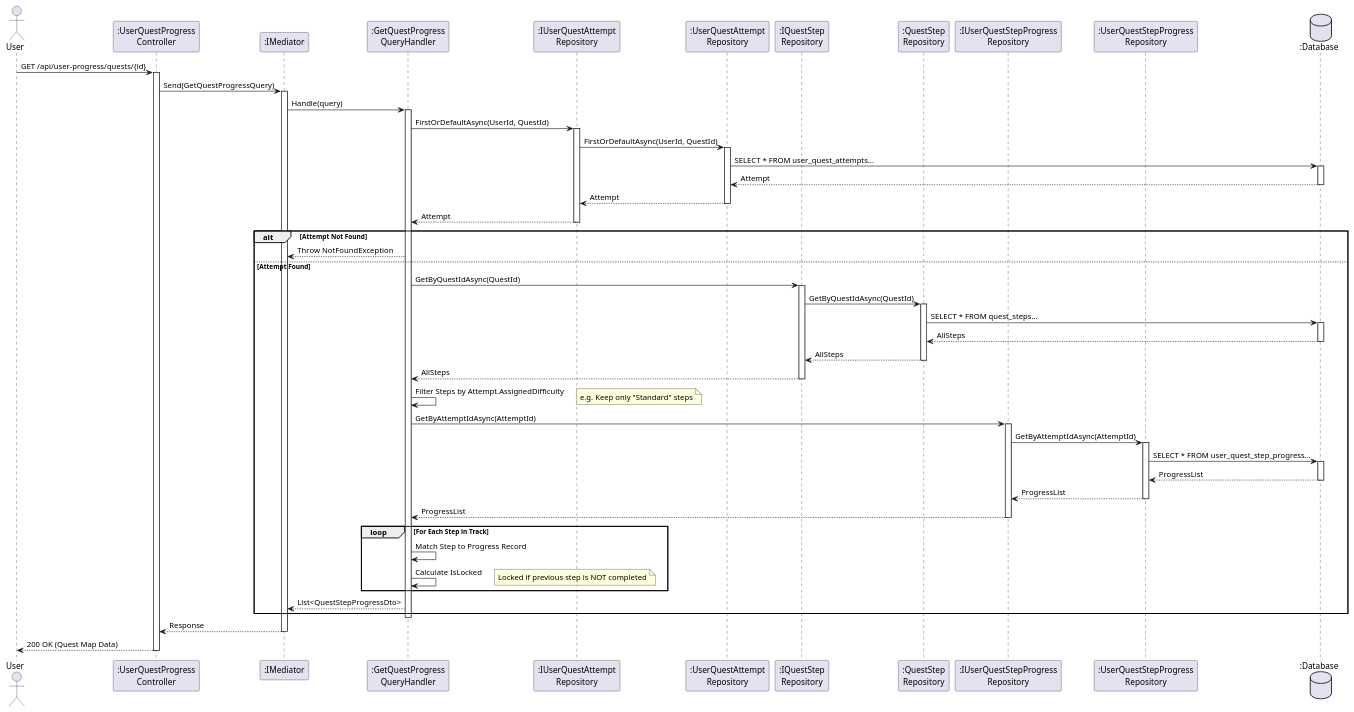
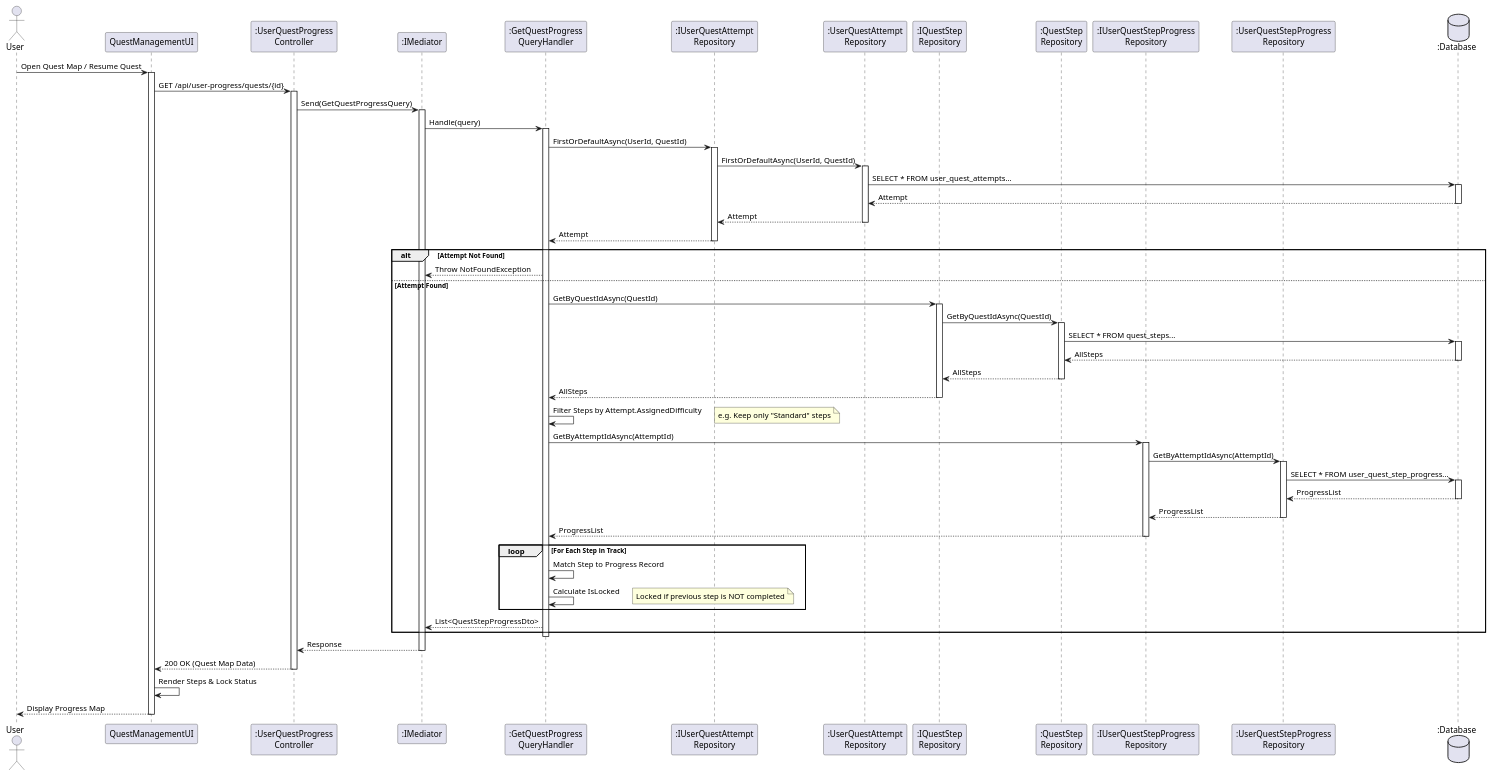
The diagram in docs/srs/diagrams/sequence-diagram/user-progress-statistic/get-user-quest-progress-seq.puml (FA25SE050-RogueLearn/RogueLearn.BMAD.Documentation), drawn with PlantUML before and after one commit. The commit also changed 77 other files, not shown here.

Commit message:
add: fix the sequence diagrams

```diff
--- a/docs/srs/diagrams/sequence-diagram/user-progress-statistic/get-user-quest-progress-seq.puml
+++ b/docs/srs/diagrams/sequence-diagram/user-progress-statistic/get-user-quest-progress-seq.puml
@@ -1,93 +1,101 @@
 @startuml
 actor User
+participant QuestManagementUI as UI
 participant ":UserQuestProgress\nController" as Controller
 participant ":IMediator" as Med
 participant ":GetQuestProgress\nQueryHandler" as Handler
 participant ":IUserQuestAttempt\nRepository" as IAttemptRepo
 participant ":UserQuestAttempt\nRepository" as AttemptRepo
 participant ":IQuestStep\nRepository" as IStepRepo
 participant ":QuestStep\nRepository" as StepRepo
 participant ":IUserQuestStepProgress\nRepository" as IProgressRepo
 participant ":UserQuestStepProgress\nRepository" as ProgressRepo
 database ":Database" as DB
 
-User -> Controller : GET /api/user-progress/quests/{id}
+User -> UI : Open Quest Map / Resume Quest
+activate UI
+
+UI -> Controller : GET /api/user-progress/quests/{id}
 activate Controller
 
 Controller -> Med : Send(GetQuestProgressQuery)
 activate Med
 
 Med -> Handler : Handle(query)
 activate Handler
 
 ' 1. Get Attempt (Source of Truth for Difficulty)
 Handler -> IAttemptRepo : FirstOrDefaultAsync(UserId, QuestId)
 activate IAttemptRepo
 IAttemptRepo -> AttemptRepo : FirstOrDefaultAsync(UserId, QuestId)
 activate AttemptRepo
 AttemptRepo -> DB : SELECT * FROM user_quest_attempts...
 activate DB
 DB --> AttemptRepo : Attempt
 deactivate DB
 AttemptRepo --> IAttemptRepo : Attempt
 deactivate AttemptRepo
 IAttemptRepo --> Handler : Attempt
 deactivate IAttemptRepo
 
 alt Attempt Not Found
     Handler --> Med : Throw NotFoundException
 else Attempt Found
     ' 2. Get All Master Steps for Quest
     Handler -> IStepRepo : GetByQuestIdAsync(QuestId)
     activate IStepRepo
     IStepRepo -> StepRepo : GetByQuestIdAsync(QuestId)
     activate StepRepo
     StepRepo -> DB : SELECT * FROM quest_steps...
     activate DB
     DB --> StepRepo : AllSteps
     deactivate DB
     StepRepo --> IStepRepo : AllSteps
     deactivate StepRepo
     IStepRepo --> Handler : AllSteps
     deactivate IStepRepo
 
     ' 3. Filter Steps by Assigned Difficulty (In-Memory)
     Handler -> Handler : Filter Steps by Attempt.AssignedDifficulty
     note right
         e.g. Keep only "Standard" steps
     end note
 
     ' 4. Get Existing Progress Records
     Handler -> IProgressRepo : GetByAttemptIdAsync(AttemptId)
     activate IProgressRepo
     IProgressRepo -> ProgressRepo : GetByAttemptIdAsync(AttemptId)
     activate ProgressRepo
     ProgressRepo -> DB : SELECT * FROM user_quest_step_progress...
     activate DB
     DB --> ProgressRepo : ProgressList
     deactivate DB
     ProgressRepo --> IProgressRepo : ProgressList
     deactivate ProgressRepo
     IProgressRepo --> Handler : ProgressList
     deactivate IProgressRepo
 
     ' 5. Merge & Calculate Lock State
     loop For Each Step in Track
         Handler -> Handler : Match Step to Progress Record
         Handler -> Handler : Calculate IsLocked
         note right
             Locked if previous step is NOT completed
         end note
     end
 
     Handler --> Med : List<QuestStepProgressDto>
 end
 
 deactivate Handler
 
 Med --> Controller : Response
 deactivate Med
 
-Controller --> User : 200 OK (Quest Map Data)
+Controller --> UI : 200 OK (Quest Map Data)
 deactivate Controller
+
+UI -> UI : Render Steps & Lock Status
+UI --> User : Display Progress Map
+deactivate UI
 @enduml
```
